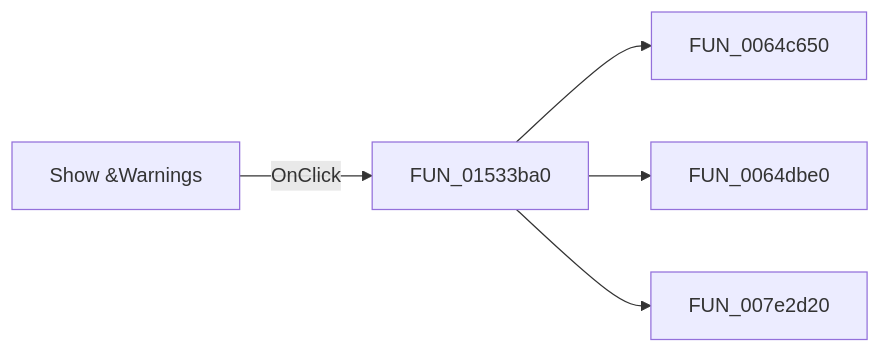
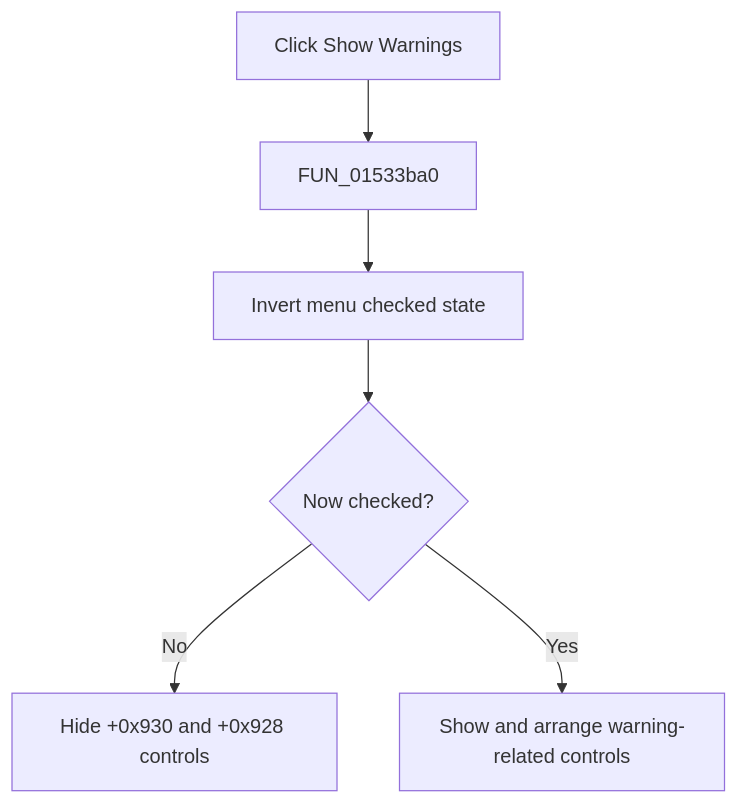
One commit to MovGP0/TIARA changed the diagram in docs/ui-controls/netlisteditor/mishowwarnings-1acb7a18fc.md. Above: the diagram before and after it, drawn with Mermaid. The commit also changed other lines of this file and 1062 other files, not shown here.

````diff
--- a/docs/ui-controls/netlisteditor/mishowwarnings-1acb7a18fc.md
+++ b/docs/ui-controls/netlisteditor/mishowwarnings-1acb7a18fc.md
@@ -27,7 +29,8 @@
 ```mermaid
-flowchart LR
-    control["Show &Warnings"] -->|OnClick| handler["FUN_01533ba0"]
-    handler --> call1["FUN_0064c650"]
-    handler --> call2["FUN_0064dbe0"]
-    handler --> call3["FUN_007e2d20"]
+flowchart TD
+    control["Click Show Warnings"] --> handler["FUN_01533ba0"]
+    handler --> toggle["Invert menu checked state"]
+    toggle --> checked{"Now checked?"}
+    checked -->|No| hide["Hide +0x930 and +0x928 controls"]
+    checked -->|Yes| show["Show and arrange warning-related controls"]
 ```
````
